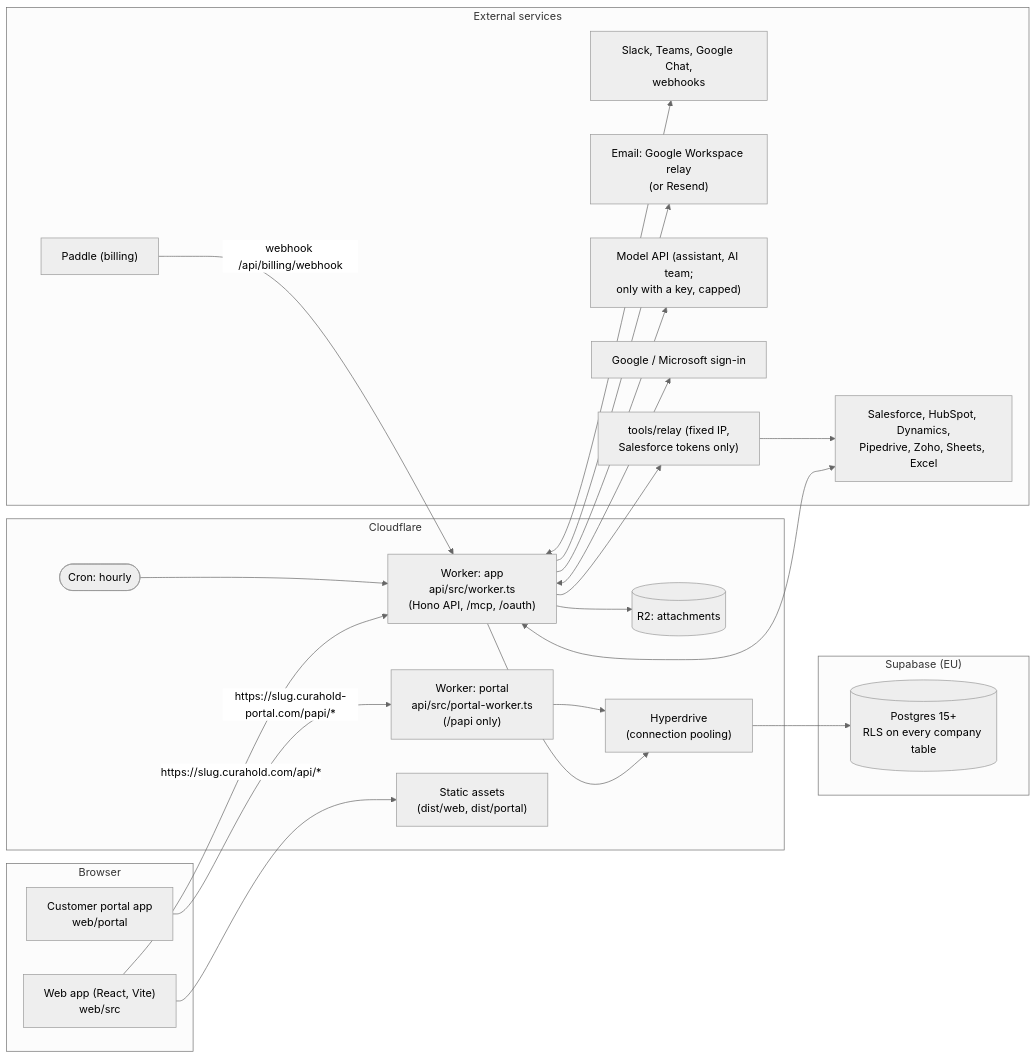
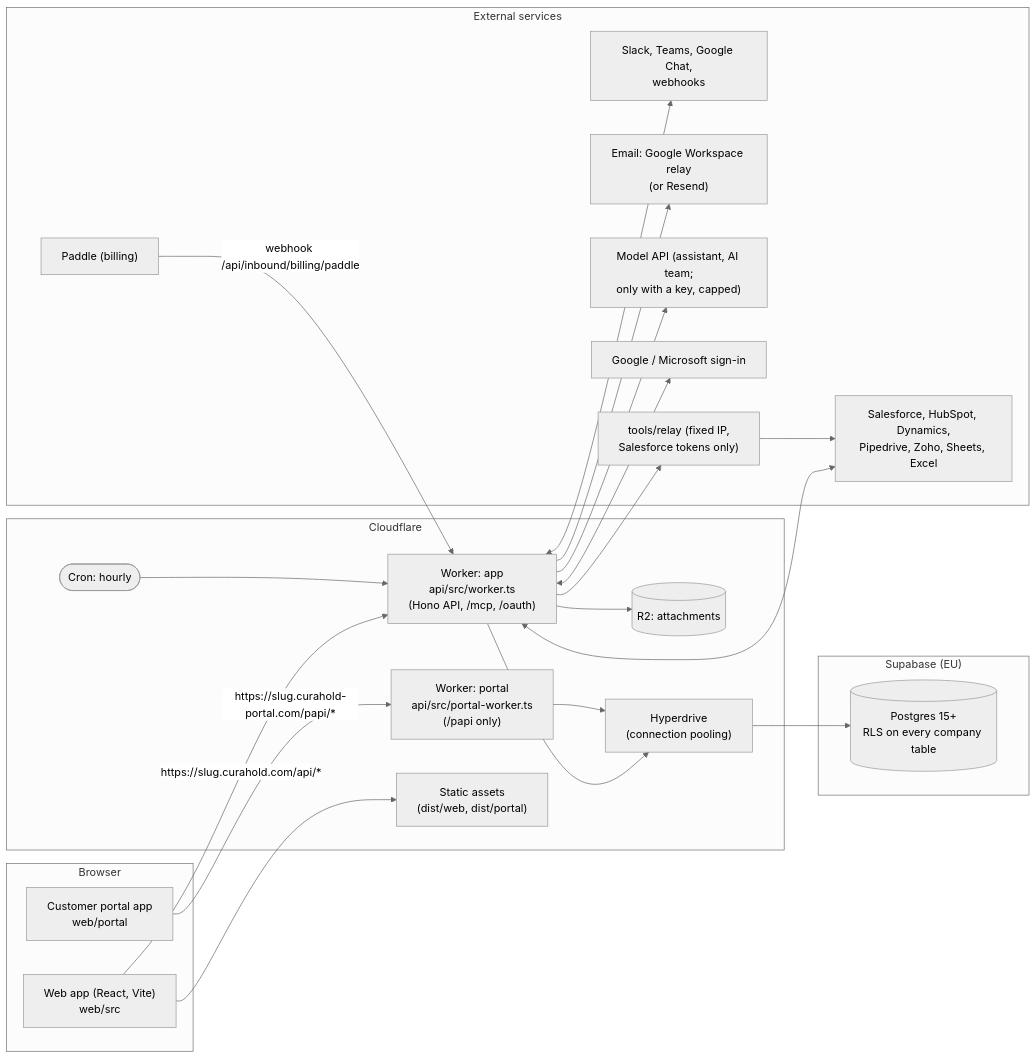
Before and after one commit to mfurkankeles/curahold: the first of 2 diagrams in ARCHITECTURE.md, drawn with Mermaid (neutral theme). The commit also changed 24 other files, not shown here.

````diff
--- a/ARCHITECTURE.md
+++ b/ARCHITECTURE.md
@@ -20,45 +20,45 @@
 ```mermaid
 flowchart LR
   subgraph Browser
     SPA["Web app (React, Vite)\nweb/src"]
     PORTALSPA["Customer portal app\nweb/portal"]
   end
 
   subgraph Edge["Cloudflare"]
     W["Worker: app\napi/src/worker.ts\n(Hono API, /mcp, /oauth)"]
     PW["Worker: portal\napi/src/portal-worker.ts\n(/papi only)"]
     ASSETS["Static assets\n(dist/web, dist/portal)"]
     R2[("R2: attachments")]
     CRON(["Cron: hourly"])
     HD["Hyperdrive\n(connection pooling)"]
   end
 
   subgraph Data["Supabase (EU)"]
     PG[("Postgres 15+\nRLS on every company table")]
   end
 
   subgraph Ext["External services"]
     CHAT["Slack, Teams, Google Chat,\nwebhooks"]
     CRM["Salesforce, HubSpot, Dynamics,\nPipedrive, Zoho, Sheets, Excel"]
     MAIL["Email: Google Workspace relay\n(or Resend)"]
     LLM["Model API (assistant, AI team;\nonly with a key, capped)"]
     PAD["Paddle (billing)"]
     IDP["Google / Microsoft sign-in"]
     RELAY["tools/relay (fixed IP,\nSalesforce tokens only)"]
   end
 
   SPA -->|"https://slug.curahold.com/api/*"| W
   SPA --> ASSETS
   PORTALSPA -->|"https://slug.curahold-portal.com/papi/*"| PW
   W --> HD --> PG
   PW --> HD
   W --> R2
   CRON --> W
   W <--> CHAT
   W <--> CRM
   W --> RELAY --> CRM
   W --> MAIL
   W --> LLM
-  PAD -->|"webhook /api/billing/webhook"| W
+  PAD -->|"webhook /api/inbound/billing/paddle"| W
   W <--> IDP
 ```
````
